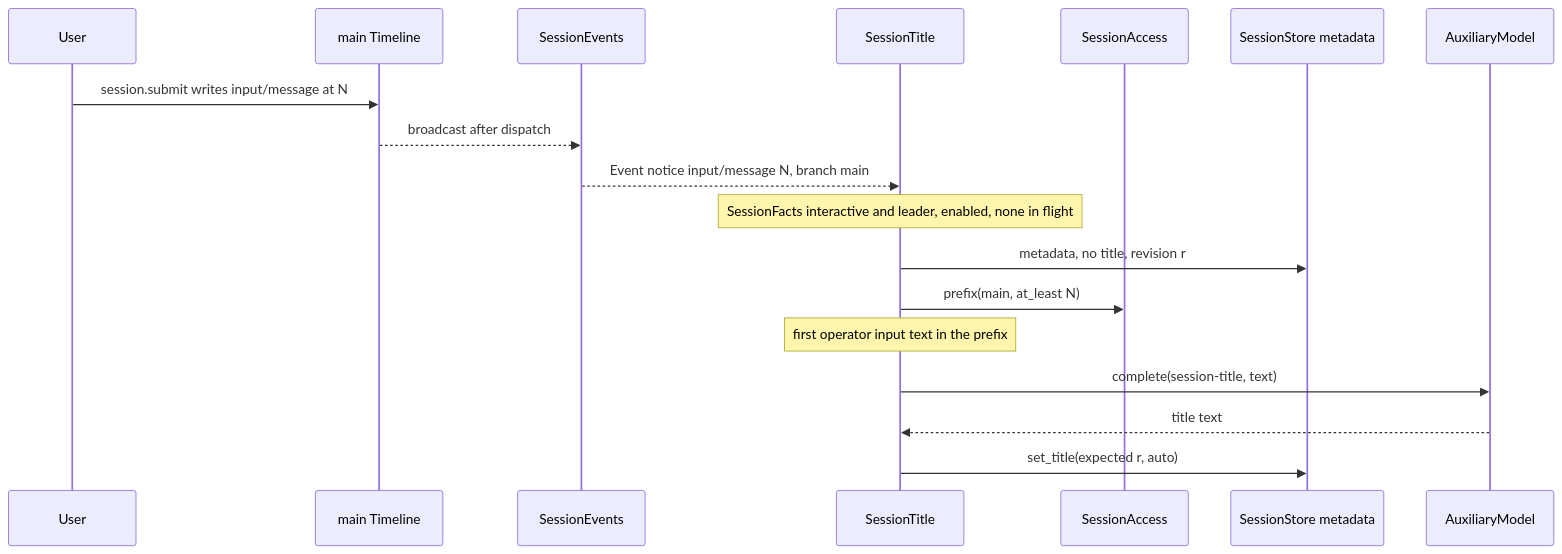
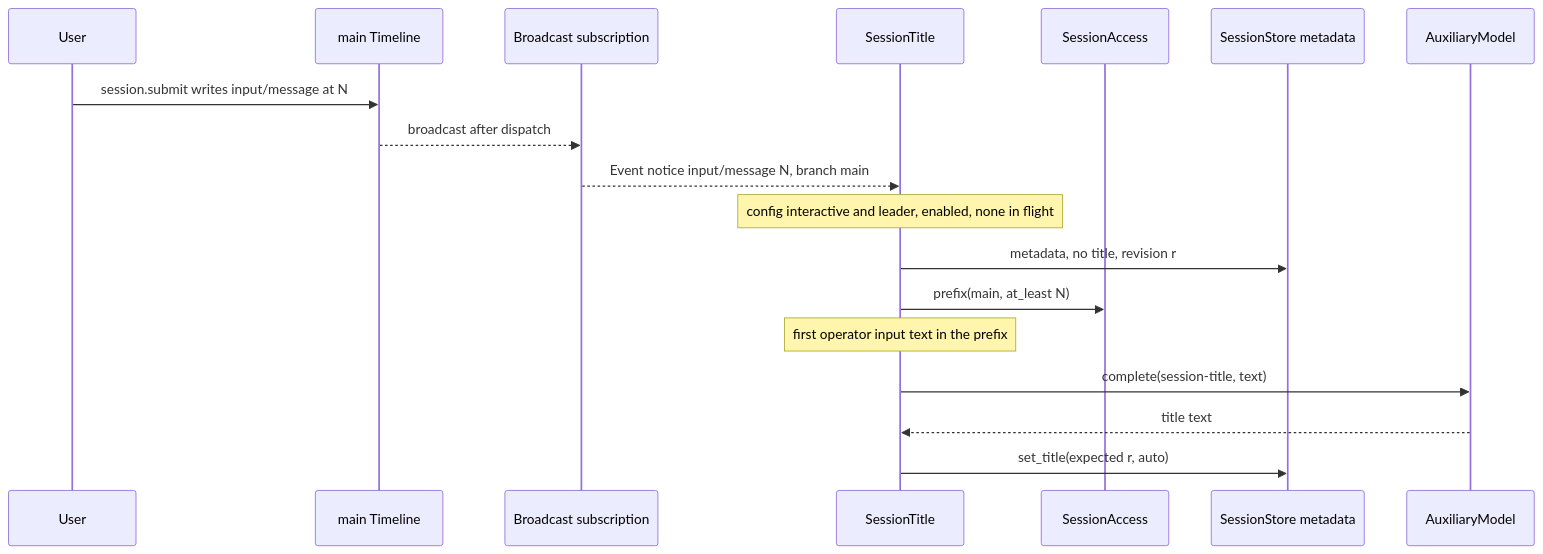
One commit to CoutinhoTTS/dim-agent changed the third of 5 diagrams in docs/design/plugins/SessionTitle.md. Above: the diagram before and after it, drawn with Mermaid. The commit also changed other lines of this file and 3 other files, not shown here.

````diff
--- a/docs/design/plugins/SessionTitle.md
+++ b/docs/design/plugins/SessionTitle.md
@@ -71,20 +71,20 @@
 ```mermaid
 sequenceDiagram
   participant User
   participant TL as main Timeline
-  participant SE as SessionEvents
+  participant SE as Broadcast subscription
   participant ST as SessionTitle
   participant SA as SessionAccess
   participant Meta as SessionStore metadata
   participant Aux as AuxiliaryModel
   User->>TL: session.submit writes input/message at N
   TL-->>SE: broadcast after dispatch
   SE-->>ST: Event notice input/message N, branch main
-  Note over ST: SessionFacts interactive and leader, enabled, none in flight
+  Note over ST: config interactive and leader, enabled, none in flight
   ST->>Meta: metadata, no title, revision r
   ST->>SA: prefix(main, at_least N)
   Note over ST: first operator input text in the prefix
   ST->>Aux: complete(session-title, text)
   Aux-->>ST: title text
   ST->>Meta: set_title(expected r, auto)
 ```
````
